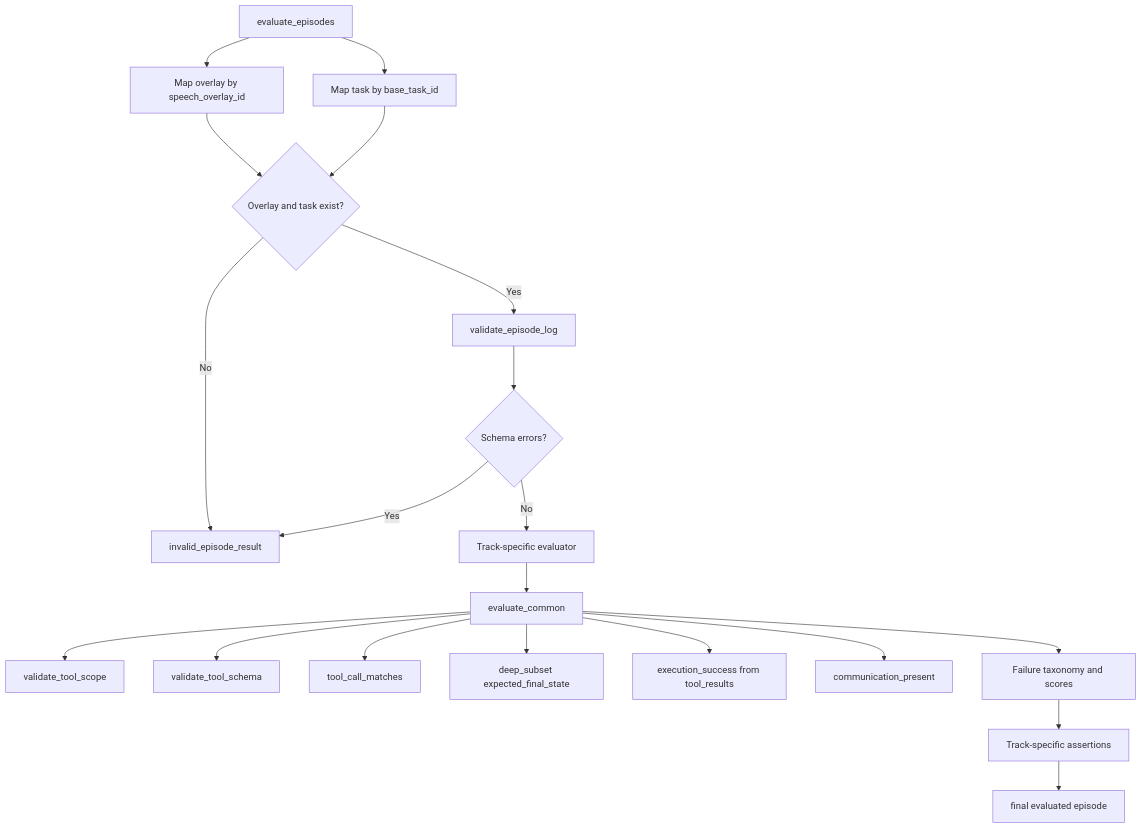
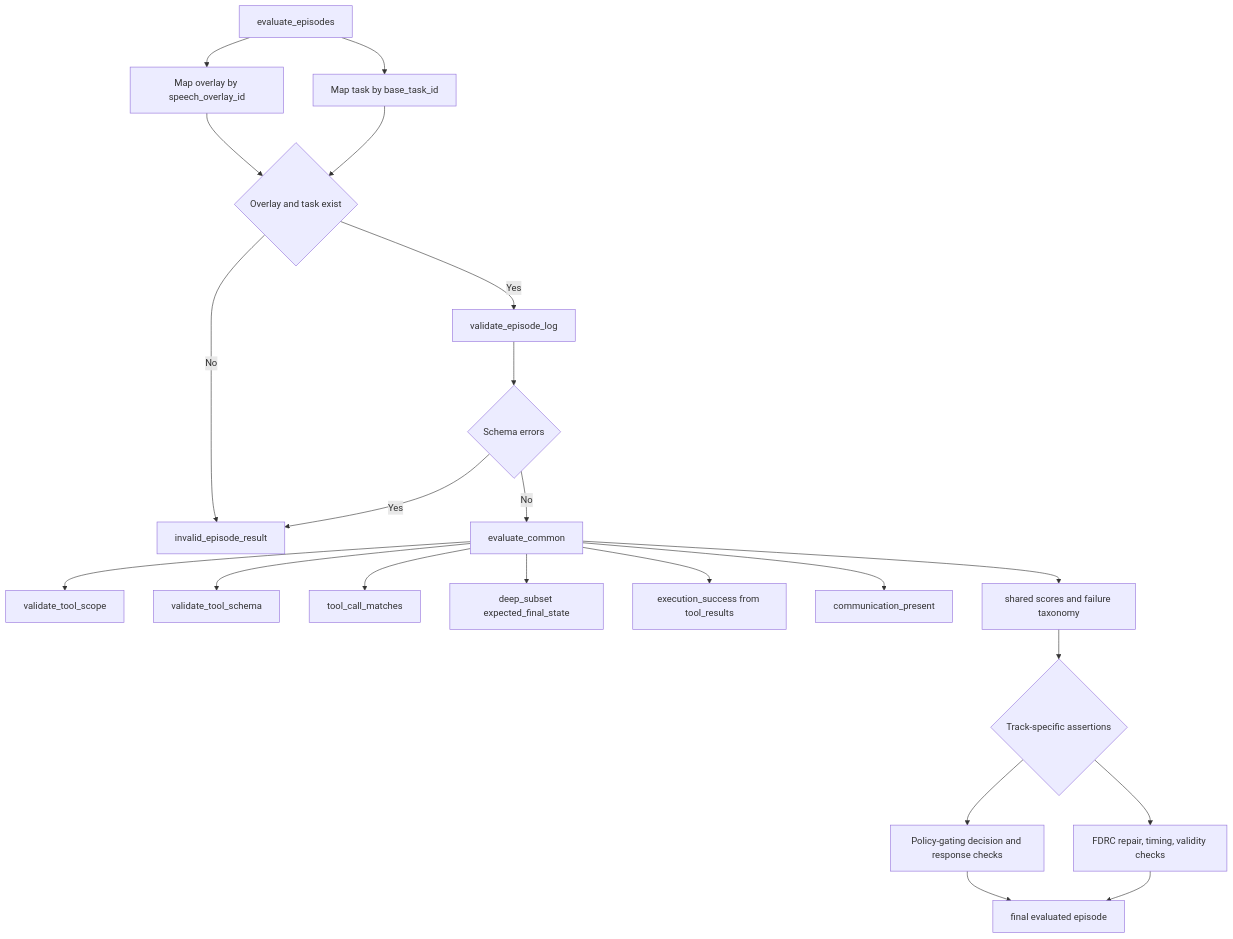
Before and after one commit to VInteractiveBench/voice-bench: the sixth of 7 diagrams in docs/FLOW.md, drawn with Mermaid. The commit also changed other lines of this file, not shown here.

Commit message:
Update benchmark flow documentation

````diff
--- a/docs/FLOW.md
+++ b/docs/FLOW.md
@@ -244,24 +271,25 @@
 ```mermaid
 flowchart TD
     A[evaluate_episodes] --> B[Map overlay by speech_overlay_id]
     A --> C[Map task by base_task_id]
-    B --> D{Overlay and task exist?}
+    B --> D{Overlay and task exist}
     C --> D
     D -->|No| E[invalid_episode_result]
     D -->|Yes| F[validate_episode_log]
-    F --> G{Schema errors?}
+    F --> G{Schema errors}
     G -->|Yes| E
-    G -->|No| H[Track-specific evaluator]
+    G -->|No| H[evaluate_common]
+    H --> I[validate_tool_scope]
+    H --> J[validate_tool_schema]
+    H --> K[tool_call_matches]
+    H --> L[deep_subset expected_final_state]
+    H --> M[execution_success from tool_results]
+    H --> N[communication_present]
+    H --> O[shared scores and failure taxonomy]
 
-    H --> I[evaluate_common]
-    I --> J[validate_tool_scope]
-    I --> K[validate_tool_schema]
-    I --> L[tool_call_matches]
-    I --> M[deep_subset expected_final_state]
-    I --> N[execution_success from tool_results]
-    I --> O[communication_present]
-    I --> P[Failure taxonomy and scores]
-
-    P --> Q[Track-specific assertions]
-    Q --> R[final evaluated episode]
+    O --> P{Track-specific assertions}
+    P --> Q[Policy-gating decision and response checks]
+    P --> R[FDRC repair, timing, validity checks]
+    Q --> S[final evaluated episode]
+    R --> S
 ```
````
